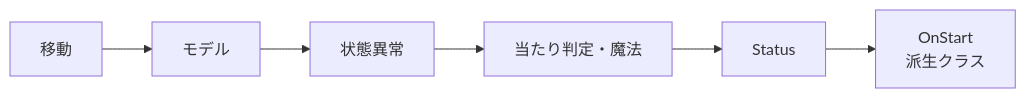
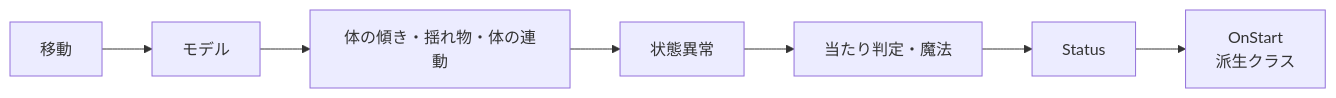
The third of 4 diagrams in Action/docs/ゲーム/キャラクター/キャラクターの構成.md (hirota-ryuki/Action), drawn with Mermaid before and after one commit. The commit also changed other lines of this file and 7 other files, not shown here.

````diff
--- a/Action/docs/ゲーム/キャラクター/キャラクターの構成.md
+++ b/Action/docs/ゲーム/キャラクター/キャラクターの構成.md
@@ -57,8 +61,9 @@
 ```mermaid
 flowchart LR
     A[移動] --> B[モデル]
-    B --> C[状態異常]
+    B --> BD["体の傾き・揺れ物・体の連動"]
+    BD --> C[状態異常]
     C --> D[当たり判定・魔法]
     D --> E[Status]
     E --> F["OnStart<br/>派生クラス"]
 ```
````
